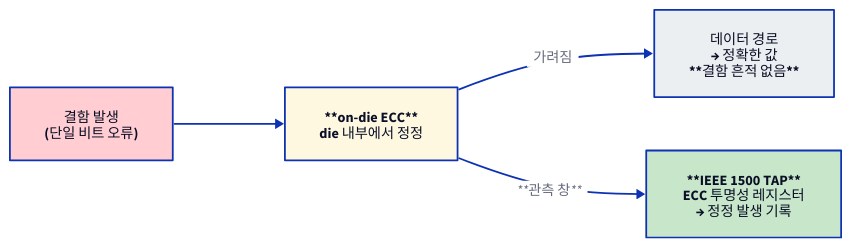
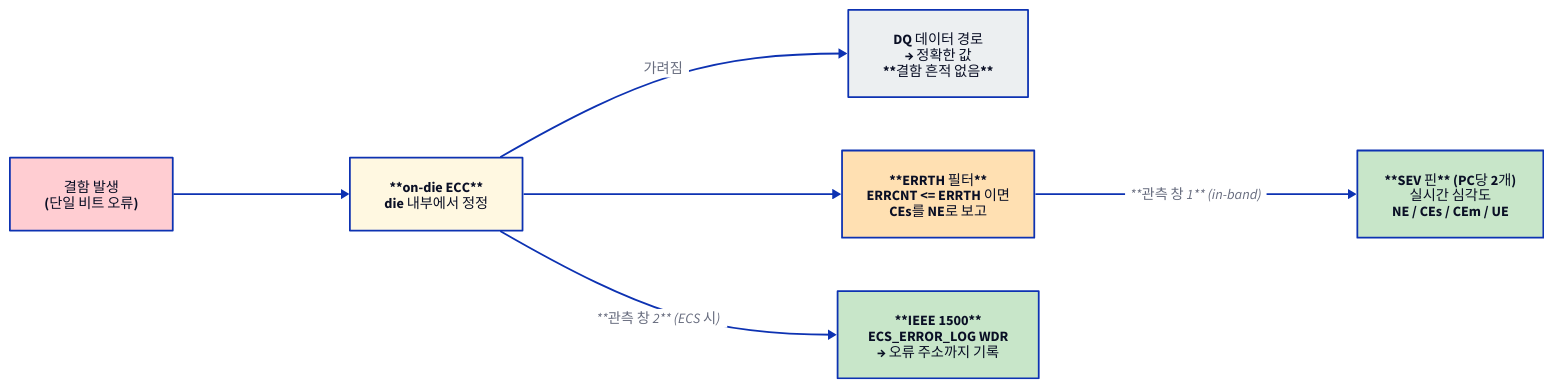
One commit to humbleowl39/DV_SKOOL changed the diagram in starlight_site/src/content/docs/hbm_dv/11_dft_ras.md. Above: the diagram before and after it, drawn with D2. The commit also changed other lines of this file and 12 other files, not shown here.

````diff
--- a/starlight_site/src/content/docs/hbm_dv/11_dft_ras.md
+++ b/starlight_site/src/content/docs/hbm_dv/11_dft_ras.md
@@ -83,12 +106,16 @@
 ```d2
 direction: right
 
 DEF: "결함 발생\n(단일 비트 오류)" { style.fill: "#ffcdd2"; style.font-color: "#0A0F25" }
 ECC: "**on-die ECC**\ndie 내부에서 정정" { style.fill: "#fff8e1"; style.font-color: "#0A0F25" }
-DATA: "데이터 경로\n→ 정확한 값\n**결함 흔적 없음**" { style.fill: "#eceff1"; style.font-color: "#0A0F25" }
-TAP: "**IEEE 1500 TAP**\nECC 투명성 레지스터\n→ 정정 발생 기록" { style.fill: "#c8e6c9"; style.font-color: "#0A0F25" }
+DATA: "DQ 데이터 경로\n→ 정확한 값\n**결함 흔적 없음**" { style.fill: "#eceff1"; style.font-color: "#0A0F25" }
+SEV: "**SEV 핀** (PC당 2개)\n실시간 심각도\nNE / CEs / CEm / UE" { style.fill: "#c8e6c9"; style.font-color: "#0A0F25" }
+FILT: "**ERRTH 필터**\nERRCNT <= ERRTH 이면\nCEs를 NE로 보고" { style.fill: "#ffe0b2"; style.font-color: "#0A0F25" }
+TAP: "**IEEE 1500**\nECS_ERROR_LOG WDR\n→ 오류 주소까지 기록" { style.fill: "#c8e6c9"; style.font-color: "#0A0F25" }
 
 DEF -> ECC
 ECC -> DATA: "가려짐"
-ECC -> TAP: "**관측 창**"
+ECC -> FILT
+FILT -> SEV: "**관측 창 1** (in-band)"
+ECC -> TAP: "**관측 창 2** (ECS 시)"
 ```
````
